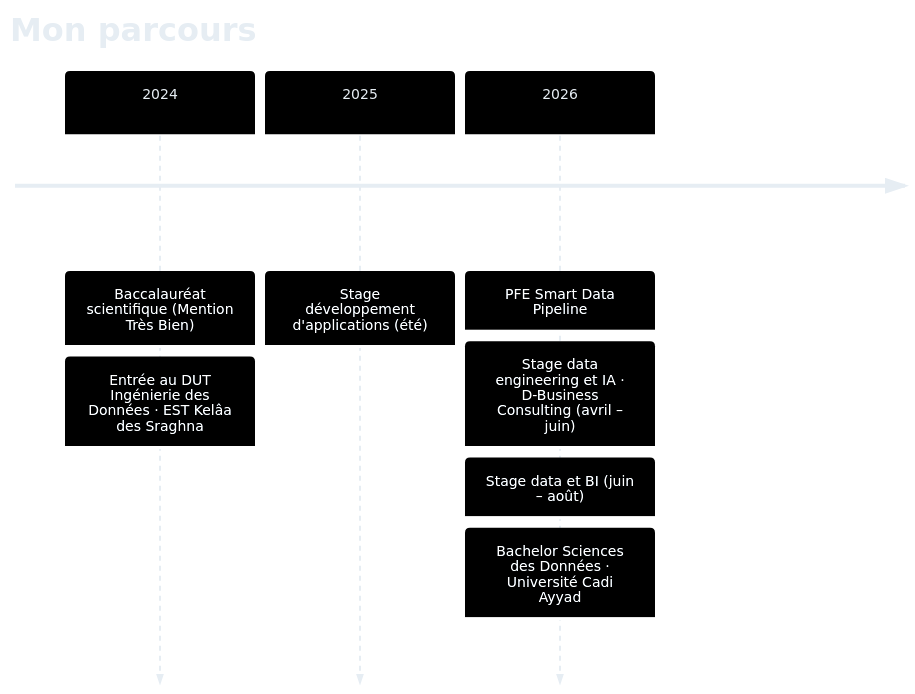
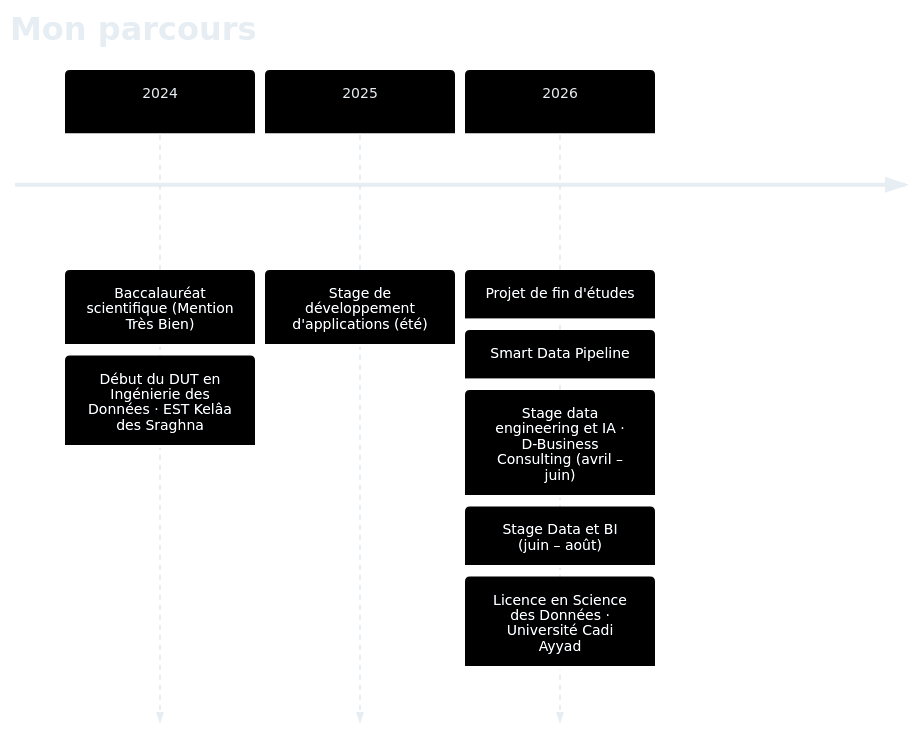
One commit to Samah-boudallaa/Samah-boudallaa changed the diagram in README.fr.md. Above: the diagram before and after it, drawn with Mermaid. The commit also changed other lines of this file, not shown here.

````diff
--- a/README.fr.md
+++ b/README.fr.md
@@ -307,12 +280,12 @@
 ```mermaid
 %%{init: {"theme":"base","themeVariables":{"primaryColor":"#1c1730","primaryTextColor":"#e6edf3","primaryBorderColor":"#7c3aed","lineColor":"#a371f7","secondaryColor":"#1c1730","tertiaryColor":"#0d1117","fontSize":"14px"}}}%%
 timeline
     title Mon parcours
     2024 : Baccalauréat scientifique (Mention Très Bien)
-         : Entrée au DUT Ingénierie des Données · EST Kelâa des Sraghna
-    2025 : Stage développement d'applications (été)
-    2026 : PFE Smart Data Pipeline
+         : Début du DUT en Ingénierie des Données · EST Kelâa des Sraghna
+    2025 : Stage de développement d'applications (été)
+    2026 : Projet de fin d'études : Smart Data Pipeline
          : Stage data engineering et IA · D-Business Consulting (avril – juin)
-         : Stage data et BI (juin – août)
-         : Bachelor Sciences des Données · Université Cadi Ayyad
+         : Stage Data et BI (juin – août)
+         : Licence en Science des Données · Université Cadi Ayyad
 ```
````
